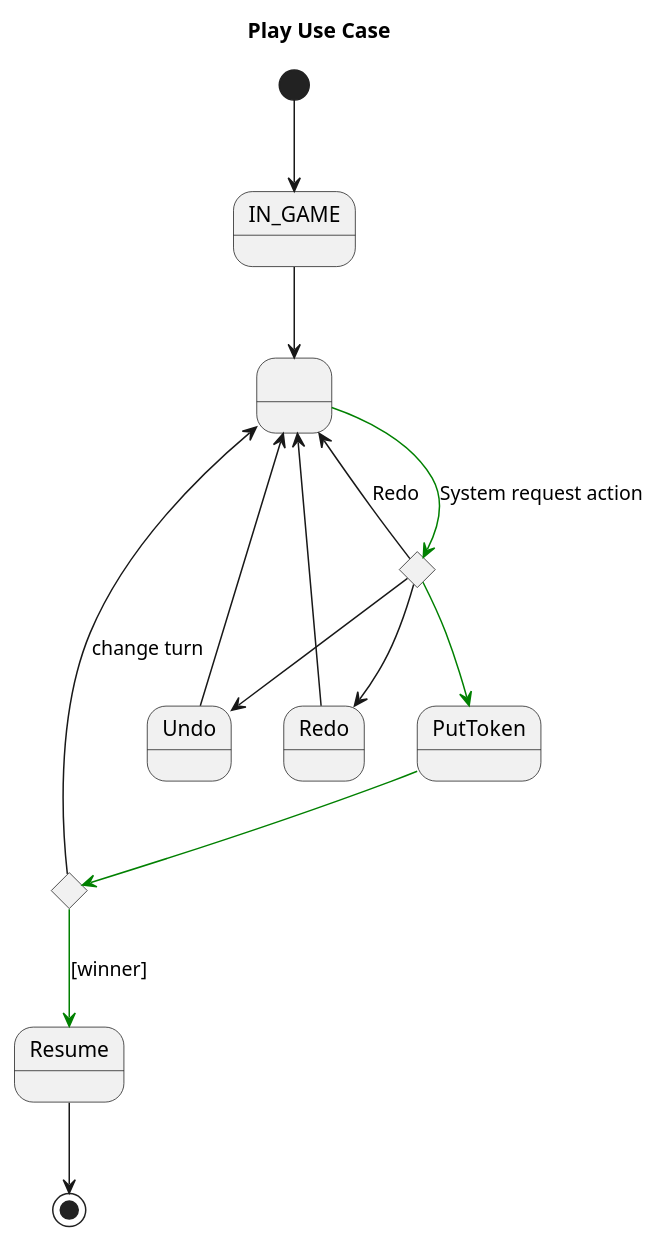
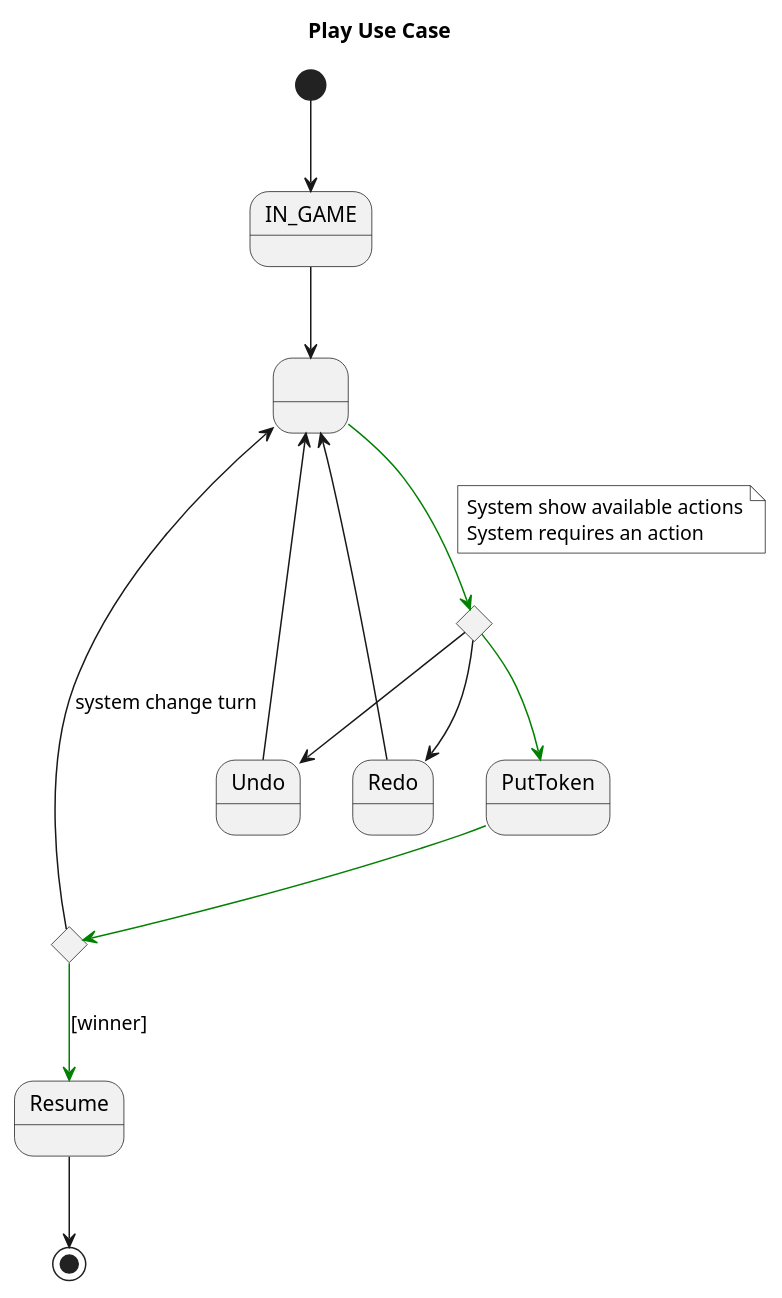
One commit to hugohg34/conecta4 changed the diagram in doc/src/casos_uso/play.puml. Above: the diagram before and after it, drawn with PlantUML. The commit also changed 1 other file, not shown here.

```diff
--- a/doc/src/casos_uso/play.puml
+++ b/doc/src/casos_uso/play.puml
@@ -1,23 +1,28 @@
 @startuml
 title Play Use Case
 state IN_GAME
 state " " as INITIAL
 state " " as playerChoice <<choice>>
 state is_winner <<choice>>
 state PutToken
 
 [*] -down-> IN_GAME
 IN_GAME --> INITIAL
-INITIAL -[#green]-> playerChoice : System request action
+INITIAL -[#green]-> playerChoice
+note on link #white
+	System show available actions
+	System requires an action
+end note
+playerChoice -[#green]-> PutToken
+PutToken -[#green]-> is_winner
+is_winner -[#green]-> Resume : [winner]
+
 playerChoice --> Undo
 playerChoice --> Redo
 Undo --> INITIAL
 Redo --> INITIAL
-playerChoice --> INITIAL : Redo
-playerChoice -[#green]-> PutToken
-PutToken -[#green]-> is_winner
-is_winner -[#green]-> Resume : [winner]
-is_winner --> INITIAL : change turn
+
+is_winner --> INITIAL : system change turn
 Resume --> [*]
 
 @enduml
```
